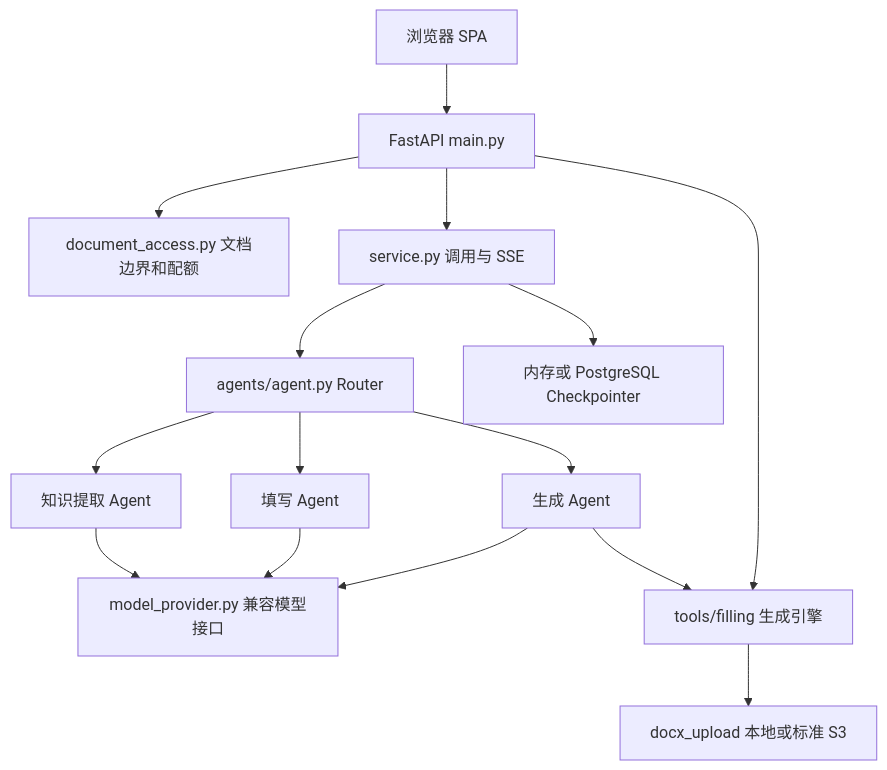
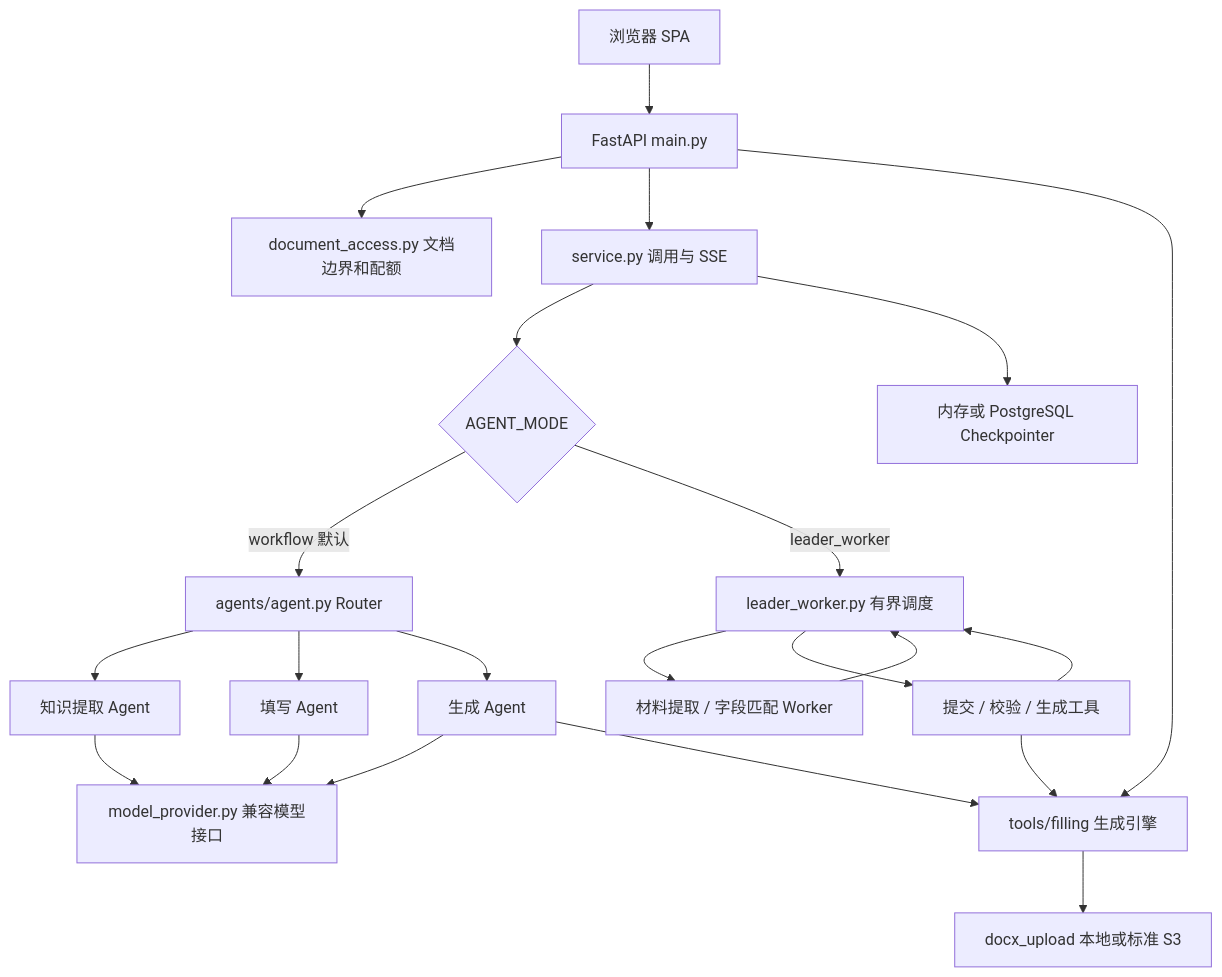
The diagram in projects/docs/ARCHITECTURE.md (CurtainXxxx/doc-auto-filler), drawn with Mermaid before and after one commit. The commit also changed other lines of this file and 2 other files, not shown here.

Commit message:
docs: update main README for standalone modes and verified results

````diff
--- a/projects/docs/ARCHITECTURE.md
+++ b/projects/docs/ARCHITECTURE.md
@@ -11,17 +11,24 @@
 ```mermaid
 flowchart TD
   Browser[浏览器 SPA] --> API[FastAPI main.py]
   API --> Files[document_access.py 文档边界和配额]
   API --> Graph[service.py 调用与 SSE]
-  Graph --> Router[agents/agent.py Router]
+  Graph --> Mode{AGENT_MODE}
+  Mode -->|workflow 默认| Router[agents/agent.py Router]
+  Mode -->|leader_worker| Leader[leader_worker.py 有界调度]
+  Leader --> Workers[材料提取 / 字段匹配 Worker]
+  Workers --> Leader
+  Leader --> Actions[提交 / 校验 / 生成工具]
+  Actions --> Leader
   Router --> Knowledge[知识提取 Agent]
   Router --> Filling[填写 Agent]
   Router --> Generation[生成 Agent]
   Knowledge --> Provider[model_provider.py 兼容模型接口]
   Filling --> Provider
   Generation --> Provider
   API --> Engine[tools/filling 生成引擎]
   Generation --> Engine
+  Actions --> Engine
   Engine --> Storage[docx_upload 本地或标准 S3]
   Graph --> Checkpoint[内存或 PostgreSQL Checkpointer]
 ```
````
